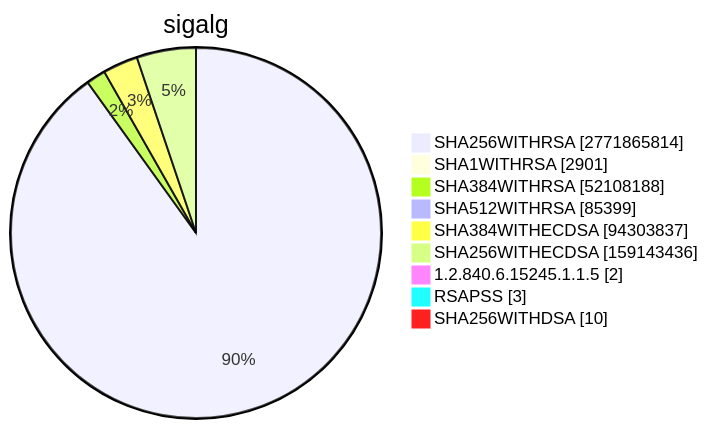
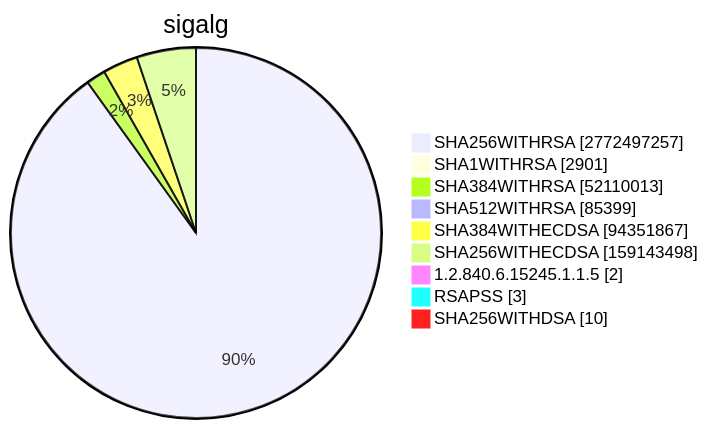
One commit to christiankrug/ctmonitor_visualization changed diagram 15 of 15 in TOTAL/README.md. Above: the diagram before and after it, drawn with Mermaid. The commit also changed other lines of this file, not shown here.

````diff
--- a/TOTAL/README.md
+++ b/TOTAL/README.md
@@ -6205,13 +6205,13 @@
 ```mermaid
 pie showData
 title sigalg
-"SHA256WITHRSA" :2771865814
+"SHA256WITHRSA" :2772497257
 "SHA1WITHRSA" :2901
-"SHA384WITHRSA" :52108188
+"SHA384WITHRSA" :52110013
 "SHA512WITHRSA" :85399
-"SHA384WITHECDSA" :94303837
-"SHA256WITHECDSA" :159143436
+"SHA384WITHECDSA" :94351867
+"SHA256WITHECDSA" :159143498
 "1.2.840.6.15245.1.1.5" :2
 "RSAPSS" :3
 "SHA256WITHDSA" :10
 ```
````
